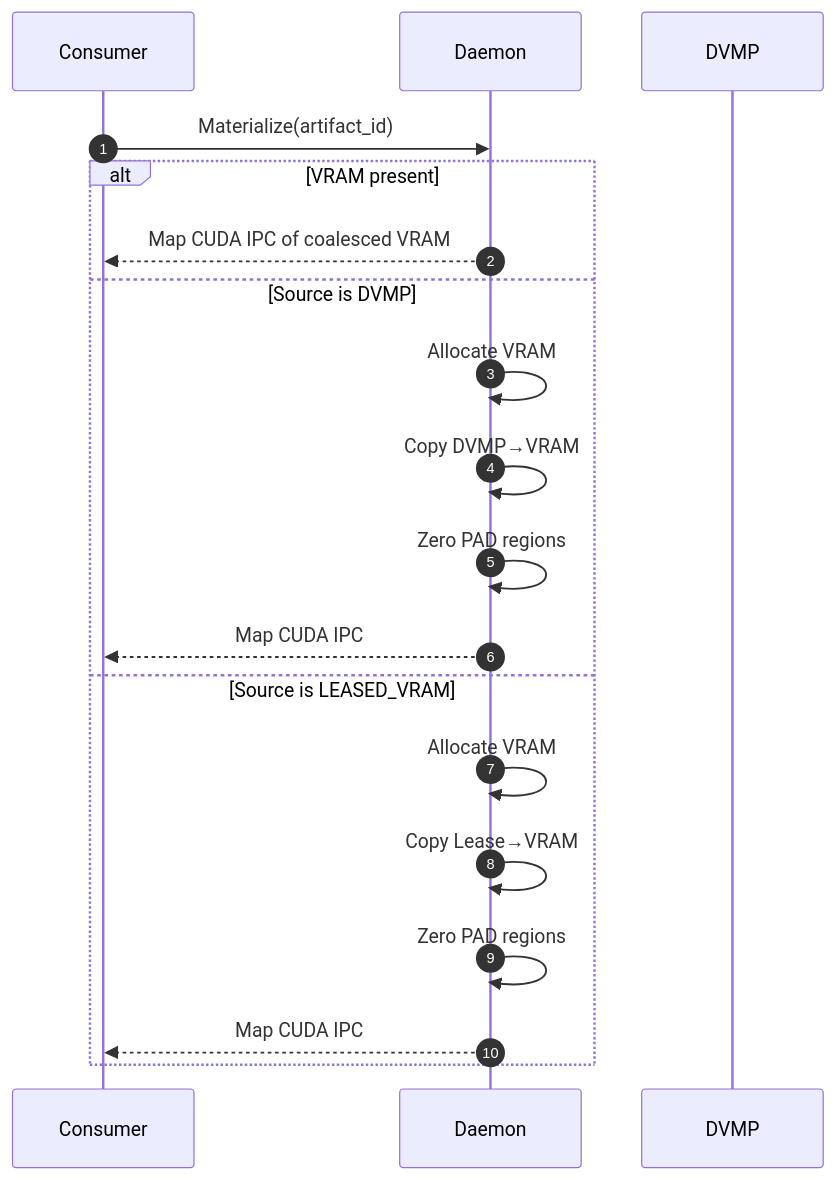
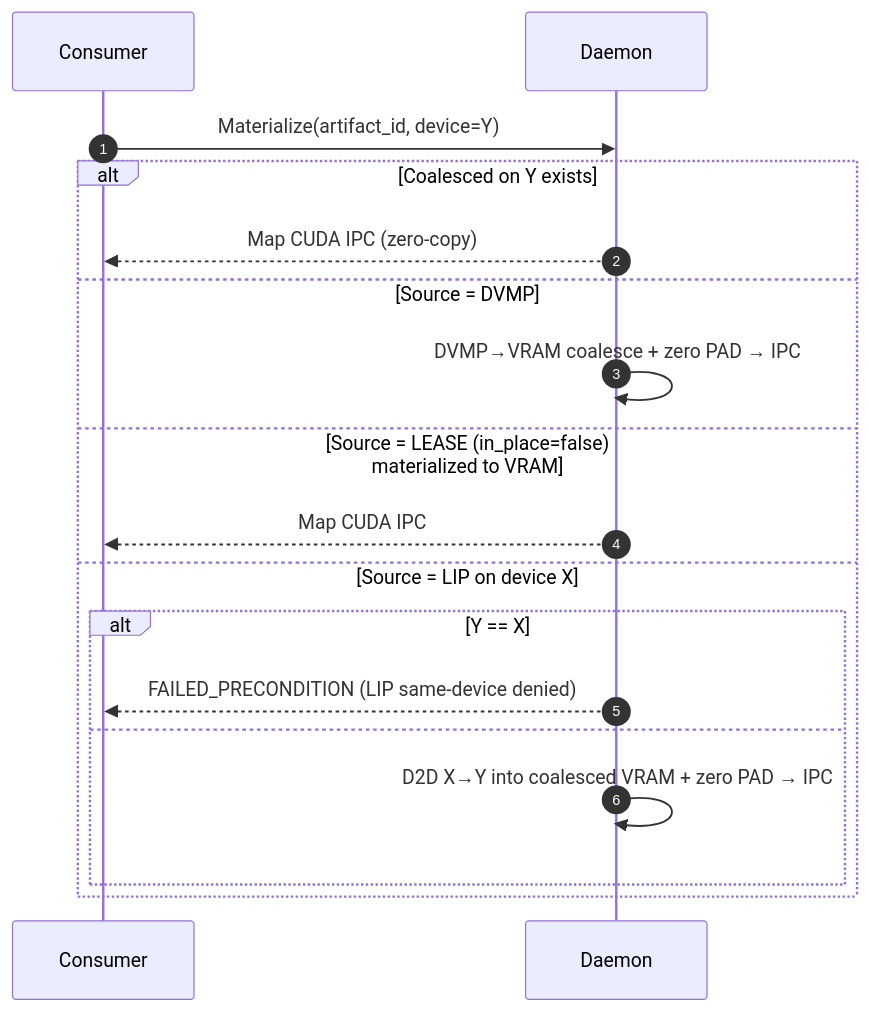
Before and after one commit to tensorcast-ai/tensorcast: the third of 4 diagrams in rfcs/0014-unified-avbs-memory-registration.md, drawn with Mermaid. The commit also changed other lines of this file and 36 other files, not shown here.

Commit message:
feat: implement VRAM Lease-In-Place (LIP) registration and verification support

````diff
--- a/rfcs/0014-unified-avbs-memory-registration.md
+++ b/rfcs/0014-unified-avbs-memory-registration.md
@@ -331,22 +347,21 @@
 ```mermaid
 sequenceDiagram
   autonumber
   participant CON as Consumer
   participant DM as Daemon
-  participant DV as DVMP
 
-  CON->>DM: Materialize(artifact_id)
-  alt VRAM present
-    DM-->>CON: Map CUDA IPC of coalesced VRAM
-  else Source is DVMP
-    DM->>DM: Allocate VRAM
-    DM->>DM: Copy DVMP→VRAM
-    DM->>DM: Zero PAD regions
+  CON->>DM: Materialize(artifact_id, device=Y)
+  alt Coalesced on Y exists
+    DM-->>CON: Map CUDA IPC (zero‑copy)
+  else Source = DVMP
+    DM->>DM: DVMP→VRAM coalesce + zero PAD → IPC
+  else Source = LEASE (in_place=false) materialized to VRAM
     DM-->>CON: Map CUDA IPC
-  else Source is LEASED_VRAM
-    DM->>DM: Allocate VRAM
-    DM->>DM: Copy Lease→VRAM
-    DM->>DM: Zero PAD regions
-    DM-->>CON: Map CUDA IPC
+  else Source = LIP on device X
+    alt Y == X
+      DM-->>CON: FAILED_PRECONDITION (LIP same‑device denied)
+    else
+      DM->>DM: D2D X→Y into coalesced VRAM + zero PAD → IPC
+    end
   end
 ```
````
